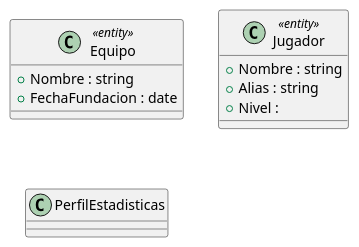
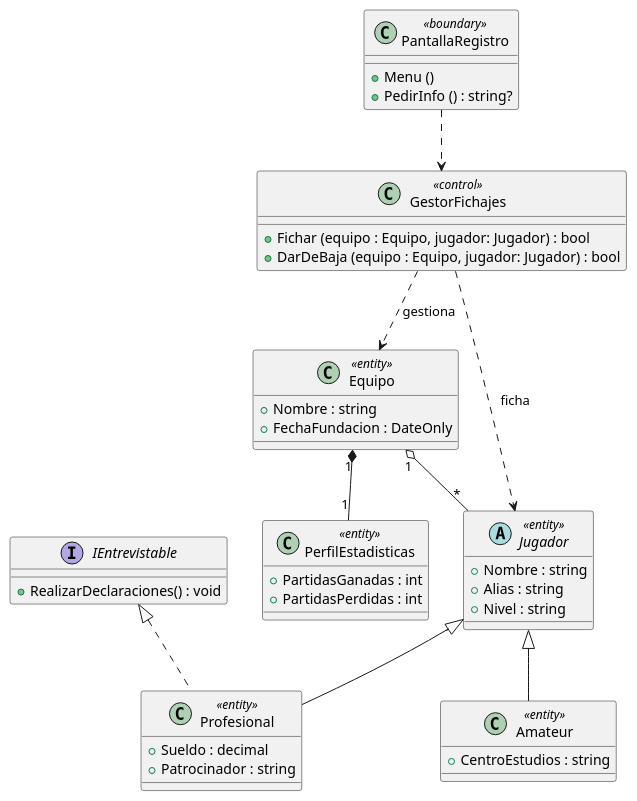
Before and after one commit to AntonioFranco19/eLeague_Manager: the diagram in eLeague_Manager/PlantUML/UML.puml, drawn with PlantUML. The commit also changed 8 other files, not shown here.

```diff
--- a/eLeague_Manager/PlantUML/UML.puml
+++ b/eLeague_Manager/PlantUML/UML.puml
@@ -1,14 +1,59 @@
 @startuml
 class Equipo <<entity>> {
 + Nombre : string
-+ FechaFundacion : date
++ FechaFundacion : DateOnly
 }
-class Jugador <<entity>>{
+
+abstract class Jugador <<entity>>{
 + Nombre : string
 + Alias : string
-+ Nivel : 
++ Nivel : string
 }
-class PerfilEstadisticas{
 
+class Profesional <<entity>>{
++ Sueldo : decimal
++ Patrocinador : string
 }
+
+class Amateur <<entity>>{
++ CentroEstudios : string
+}
+
+class PerfilEstadisticas <<entity>> {
++ PartidasGanadas : int
++ PartidasPerdidas : int
+}
+
+interface IEntrevistable {
++ RealizarDeclaraciones() : void
+}
+
+class GestorFichajes <<control>> {
++ Fichar (equipo : Equipo, jugador: Jugador) : bool
++ DarDeBaja (equipo : Equipo, jugador: Jugador) : bool
+}
+
+class PantallaRegistro <<boundary>>{
++ Menu ()
++ PedirInfo () : string?
+}
+
+' Herencias
+
+Jugador <|-- Profesional
+Jugador <|-- Amateur
+
+IEntrevistable <|.. Profesional
+
+' Relaciones
+
+Equipo "1" o-- "*" Jugador
+Equipo "1" *-- "1" PerfilEstadisticas
+
+GestorFichajes ..> Jugador : ficha
+GestorFichajes ..> Equipo : gestiona
+
+PantallaRegistro ..> GestorFichajes 
+
+
 @enduml
```
